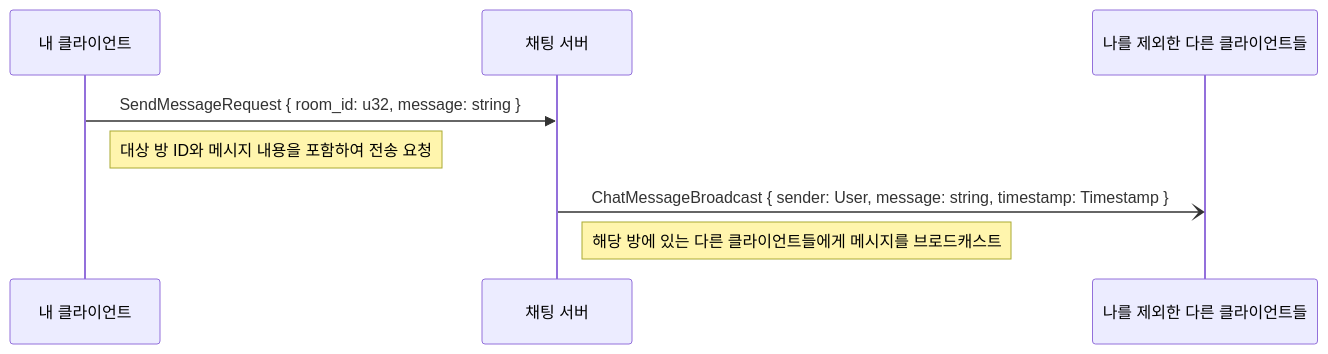
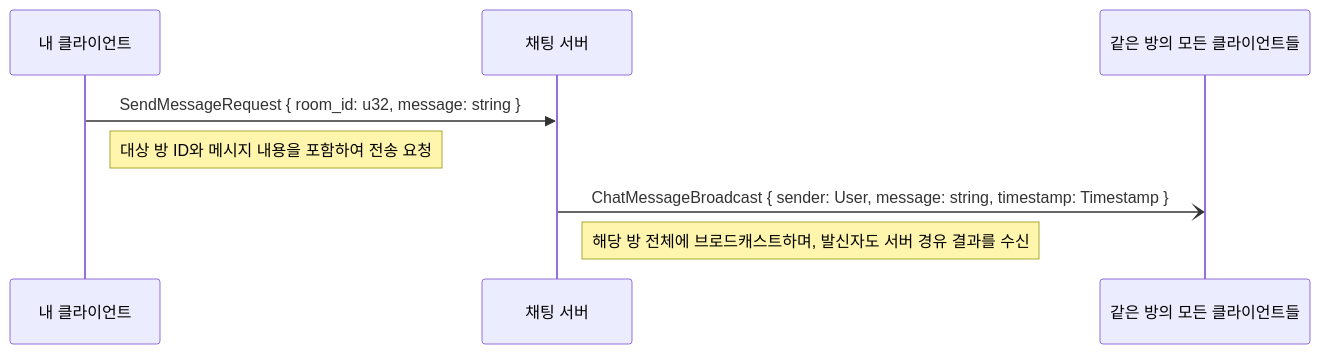
The diagram in exec/chat/chat-client/docs/ChatMessage.md (ysle0/highp-mmorpg), drawn with Mermaid before and after one commit. The commit also changed 4 other files, not shown here.

Commit message:
feat(chat-client): integrate client metrics with sequence tracking

````diff
--- a/exec/chat/chat-client/docs/ChatMessage.md
+++ b/exec/chat/chat-client/docs/ChatMessage.md
@@ -5,12 +5,12 @@
 ```mermaid
 sequenceDiagram
     participant Client as 내 클라이언트
     participant Server as 채팅 서버
-    participant Clients as 나를 제외한 다른 클라이언트들
+    participant Clients as 같은 방의 모든 클라이언트들
 
     Client->>Server: SendMessageRequest { room_id: u32, message: string }
     Note right of Client: 대상 방 ID와 메시지 내용을 포함하여 전송 요청
 
     Server-)Clients: ChatMessageBroadcast { sender: User, message: string, timestamp: Timestamp }
-    Note right of Server: 해당 방에 있는 다른 클라이언트들에게 메시지를 브로드캐스트
+    Note right of Server: 해당 방 전체에 브로드캐스트하며, 발신자도 서버 경유 결과를 수신
 ```
````
